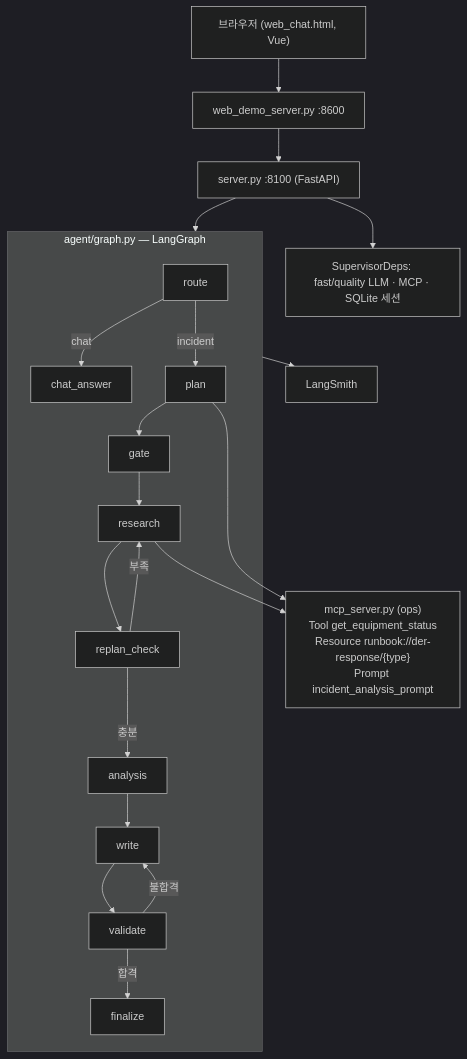
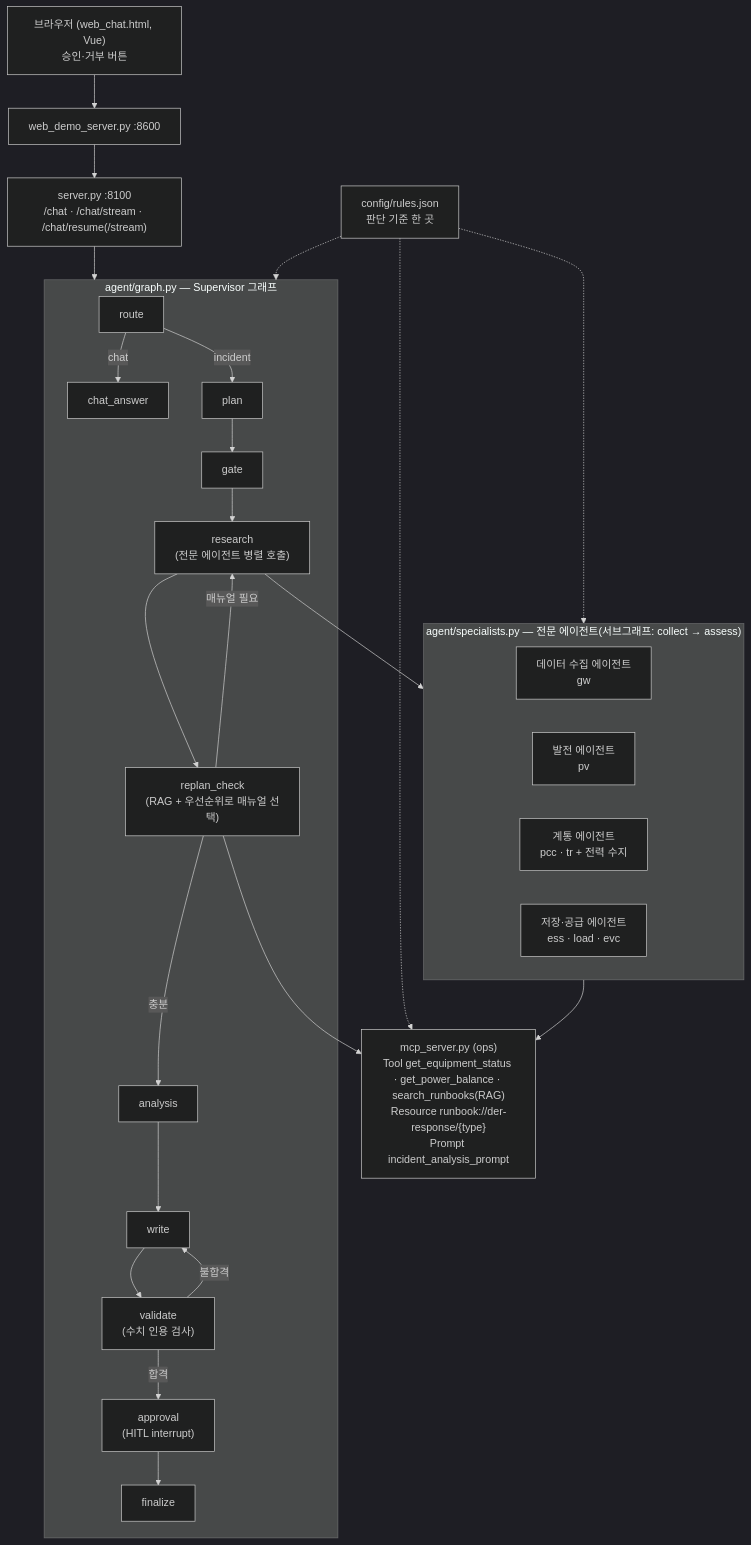
The diagram in doc/README.md (Fangjae98/SKALA_AI-mini-project), drawn with Mermaid (dark theme) before and after one commit. The commit also changed other lines of this file and 47 other files, not shown here.

First line of the commit message:
After: RAG·Multi-Agent·HITL·모듈화·검수 강화·단위 테스트

````diff
--- a/doc/README.md
+++ b/doc/README.md
@@ -54,21 +30,30 @@
 ```mermaid
 flowchart TB
-    Browser["브라우저 (web_chat.html, Vue)"] --> Proxy["web_demo_server.py :8600"]
-    Proxy --> API["server.py :8100 (FastAPI)"]
+    Browser["브라우저 (web_chat.html, Vue)<br/>승인·거부 버튼"] --> Proxy["web_demo_server.py :8600"]
+    Proxy --> API["server.py :8100<br/>/chat · /chat/stream · /chat/resume(/stream)"]
     API --> Graph
 
-    subgraph Graph["agent/graph.py — LangGraph"]
+    subgraph Graph["agent/graph.py — Supervisor 그래프"]
         Route["route"] -->|chat| ChatAnswer["chat_answer"]
-        Route -->|incident| Plan["plan"] --> Gate["gate"] --> Research["research"]
-        Research --> ReplanCheck["replan_check"]
-        ReplanCheck -->|부족| Research
-        ReplanCheck -->|충분| Analysis["analysis"] --> Write["write"] --> Validate["validate"]
+        Route -->|incident| Plan["plan"] --> Gate["gate"] --> Research["research<br/>(전문 에이전트 병렬 호출)"]
+        Research --> ReplanCheck["replan_check<br/>(RAG + 우선순위로 매뉴얼 선택)"]
+        ReplanCheck -->|매뉴얼 필요| Research
+        ReplanCheck -->|충분| Analysis["analysis"] --> Write["write"] --> Validate["validate<br/>(수치 인용 검사)"]
         Validate -->|불합격| Write
-        Validate -->|합격| Finalize["finalize"]
+        Validate -->|합격| Approval["approval<br/>(HITL interrupt)"] --> Finalize["finalize"]
     end
 
-    Research --> MCP["mcp_server.py (ops)<br/>Tool get_equipment_status<br/>Resource runbook://der-response/{type}<br/>Prompt incident_analysis_prompt"]
-    Plan --> MCP
-    API --> Deps["SupervisorDeps: fast/quality LLM · MCP · SQLite 세션"]
-    Graph --> Trace["LangSmith"]
+    subgraph Specialists["agent/specialists.py — 전문 에이전트(서브그래프: collect → assess)"]
+        DataA["데이터 수집 에이전트<br/>gw"]
+        GenA["발전 에이전트<br/>pv"]
+        GridA["계통 에이전트<br/>pcc · tr + 전력 수지"]
+        StoA["저장·공급 에이전트<br/>ess · load · evc"]
+    end
+    Research --> Specialists
+
+    Specialists --> MCP["mcp_server.py (ops)<br/>Tool get_equipment_status · get_power_balance · search_runbooks(RAG)<br/>Resource runbook://der-response/{type}<br/>Prompt incident_analysis_prompt"]
+    ReplanCheck --> MCP
+    Config["config/rules.json<br/>판단 기준 한 곳"] -.-> Graph
+    Config -.-> Specialists
+    Config -.-> MCP
 ```
````
